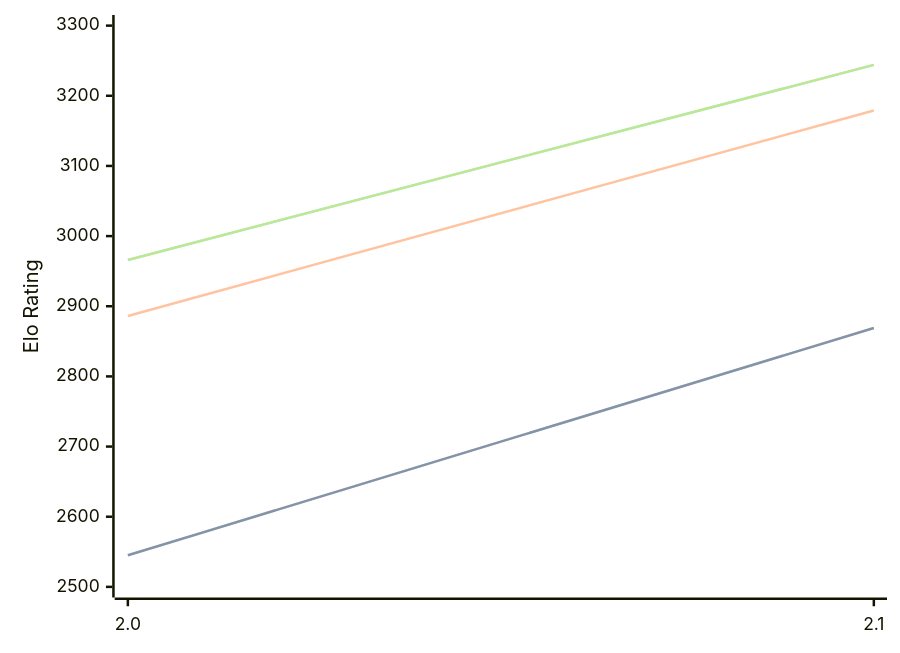
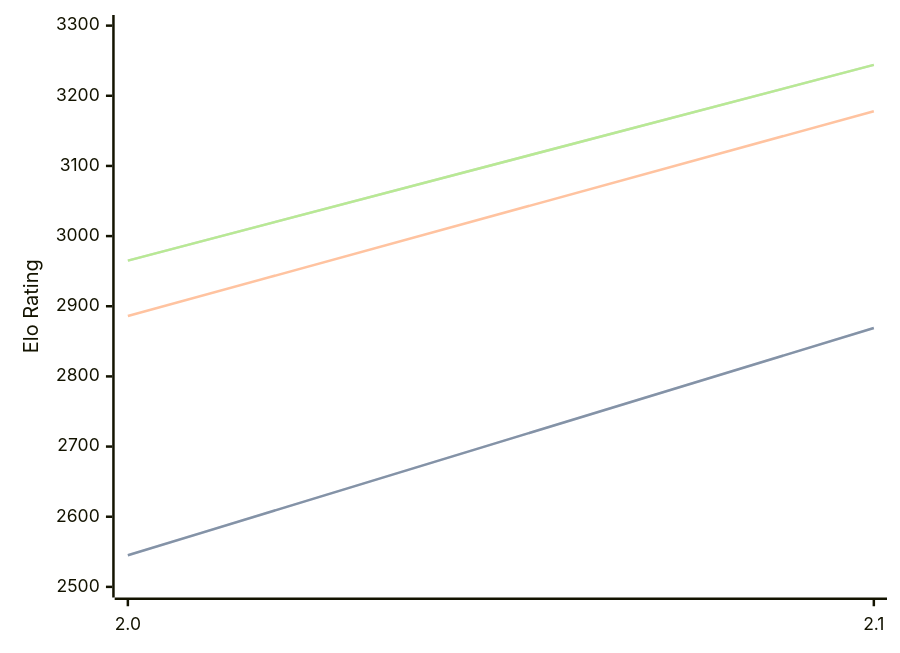
The diagram in engines/Tunguska.md (computer-chess-index/cci), drawn with Mermaid before and after one commit. The commit also changed other lines of this file, not shown here.

Commit message:
Update CCI Ratings (ELO VLTC) - 2026-04-28

````diff
--- a/engines/Tunguska.md
+++ b/engines/Tunguska.md
@@ -32,11 +32,11 @@
 ```mermaid
 %%{init: {"theme":"base","themeVariables":{"seriesColors:['#a3a3a3','#222221','#faa371']}}}%%
 xychart-beta
   x-axis ["2.0", "2.1"]
   y-axis "Elo Rating" 2500 --> 3300
   line "STC (8.0+0.08s)" [2545, 2869]
   line "STC (8.0+0.08s)" [2545, 2869]
-  line "LTC (60.0+0.60s)" [2886, 3179]
-  line "VLTC (2m24s+1.12s)" [2966, 3244]
-  line "VLTC (2m24s+1.12s)" [2966, 3244]
+  line "LTC (60.0+0.60s)" [2886, 3178]
+  line "VLTC (2m24s+1.12s)" [2965, 3244]
+  line "VLTC (2m24s+1.12s)" [2965, 3244]
 ```
````
